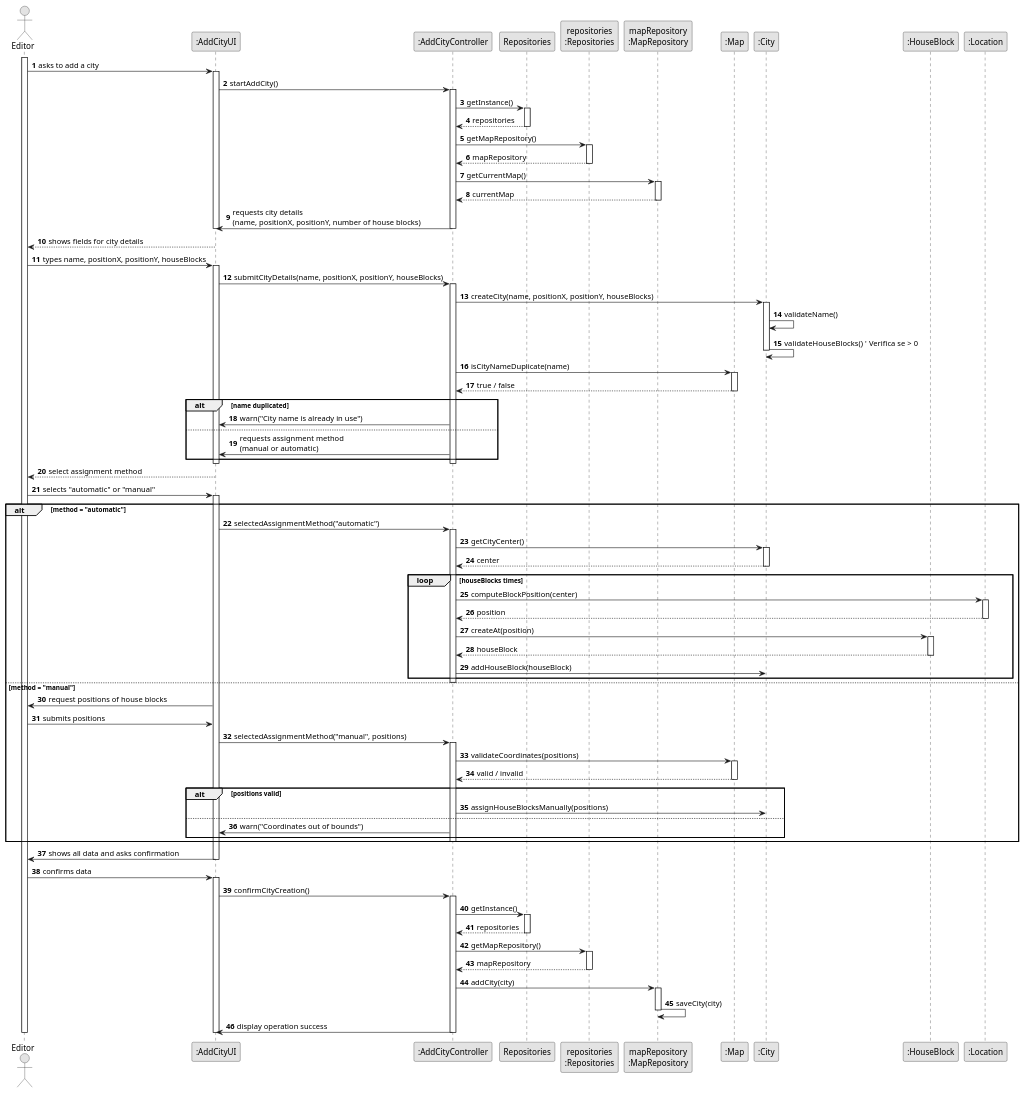
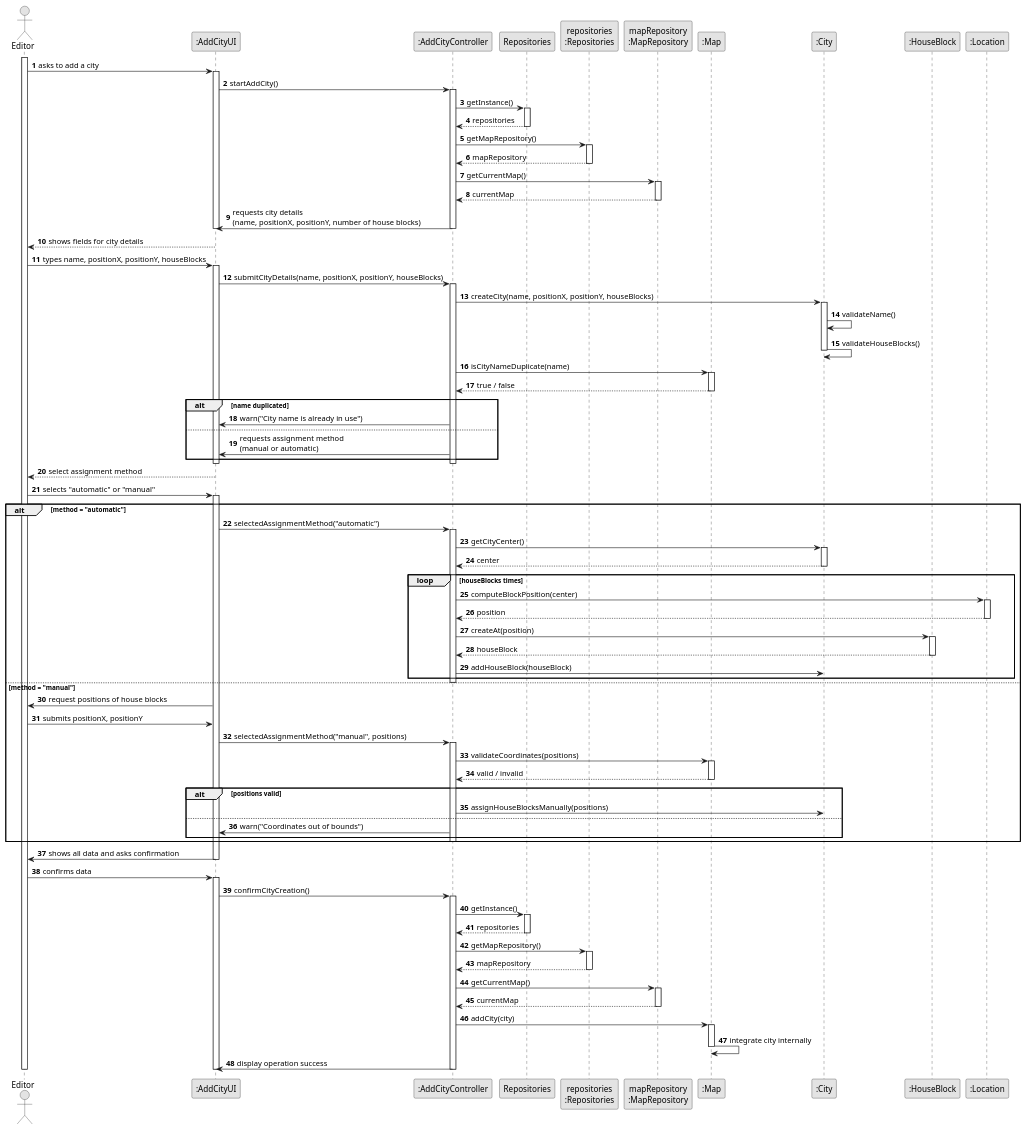
Before and after one commit to 1240826/empire-on-tracks: the diagram in docs/system-documentation/US003/03.design/puml/US003-SD-full.puml, drawn with PlantUML. The commit also changed 6 other files, not shown here.

```diff
--- a/docs/system-documentation/US003/03.design/puml/US003-SD-full.puml
+++ b/docs/system-documentation/US003/03.design/puml/US003-SD-full.puml
@@ -1,148 +1,153 @@
 @startuml
 skinparam monochrome true
 skinparam packageStyle rectangle
 skinparam shadowing false
 
 autonumber
 
 actor "Editor" as Editor
 participant ":AddCityUI"            as UI
 participant ":AddCityController"    as Controller
 participant "Repositories"          as REPOS
 participant "repositories\n:Repositories" as REPOS_SINGLETON
 participant "mapRepository\n:MapRepository" as MAP_REPO
 participant ":Map"                  as Map
 participant ":City"                 as City
 participant ":HouseBlock"           as HouseBlock
 participant ":Location"             as Location
 
 activate Editor
 
 Editor -> UI : asks to add a city
 activate UI
 
     UI -> Controller : startAddCity()
     activate Controller
 
         Controller -> REPOS : getInstance()
         activate REPOS
             REPOS --> Controller : repositories
         deactivate REPOS
 
         Controller -> REPOS_SINGLETON : getMapRepository()
         activate REPOS_SINGLETON
             REPOS_SINGLETON --> Controller : mapRepository
         deactivate REPOS_SINGLETON
 
         Controller -> MAP_REPO : getCurrentMap()
         activate MAP_REPO
             MAP_REPO --> Controller : currentMap
         deactivate MAP_REPO
 
         Controller -> UI : requests city details\n(name, positionX, positionY, number of house blocks)
     deactivate Controller
 deactivate UI
 
 UI --> Editor : shows fields for city details
 Editor -> UI : types name, positionX, positionY, houseBlocks
 activate UI
 
     UI -> Controller : submitCityDetails(name, positionX, positionY, houseBlocks)
     activate Controller
 
         Controller -> City : createCity(name, positionX, positionY, houseBlocks)
         activate City
             City -> City : validateName()
-            City -> City : validateHouseBlocks()  ' Verifica se > 0
+            City -> City : validateHouseBlocks()
         deactivate City
 
         Controller -> Map : isCityNameDuplicate(name)
         activate Map
             Map --> Controller : true / false
         deactivate Map
 
         alt name duplicated
             Controller -> UI : warn("City name is already in use")
         else
             Controller -> UI : requests assignment method\n(manual or automatic)
         end
     deactivate Controller
 deactivate UI
 
 UI --> Editor : select assignment method
 Editor -> UI : selects "automatic" or "manual"
 activate UI
 
     alt method = "automatic"
         UI -> Controller : selectedAssignmentMethod("automatic")
         activate Controller
 
             Controller -> City : getCityCenter()
             activate City
                 City --> Controller : center
             deactivate City
 
             loop houseBlocks times
                 Controller -> Location : computeBlockPosition(center)
                 activate Location
                     Location --> Controller : position
                 deactivate Location
 
                 Controller -> HouseBlock : createAt(position)
                 activate HouseBlock
                     HouseBlock --> Controller : houseBlock
                 deactivate HouseBlock
 
                 Controller -> City : addHouseBlock(houseBlock)
             end
         deactivate Controller
 
     else method = "manual"
         UI -> Editor : request positions of house blocks
-        Editor -> UI : submits positions
+        Editor -> UI : submits positionX, positionY
         UI -> Controller : selectedAssignmentMethod("manual", positions)
         activate Controller
 
             Controller -> Map : validateCoordinates(positions)
             activate Map
                 Map --> Controller : valid / invalid
             deactivate Map
 
             alt positions valid
                 Controller -> City : assignHouseBlocksManually(positions)
             else
                 Controller -> UI : warn("Coordinates out of bounds")
             end
         deactivate Controller
     end
 
     UI -> Editor : shows all data and asks confirmation
 deactivate UI
 
 Editor -> UI : confirms data
 activate UI
 
     UI -> Controller : confirmCityCreation()
     activate Controller
 
         Controller -> REPOS : getInstance()
         activate REPOS
             REPOS --> Controller : repositories
         deactivate REPOS
 
         Controller -> REPOS_SINGLETON : getMapRepository()
         activate REPOS_SINGLETON
             REPOS_SINGLETON --> Controller : mapRepository
         deactivate REPOS_SINGLETON
 
-        Controller -> MAP_REPO : addCity(city)
+        Controller -> MAP_REPO : getCurrentMap()
         activate MAP_REPO
-            MAP_REPO -> MAP_REPO : saveCity(city)
+            MAP_REPO --> Controller : currentMap
         deactivate MAP_REPO
+
+        Controller -> Map : addCity(city)
+        activate Map
+            Map -> Map : integrate city internally
+        deactivate Map
 
         Controller -> UI : display operation success
     deactivate Controller
 deactivate UI
 
 deactivate Editor
 @enduml
```
